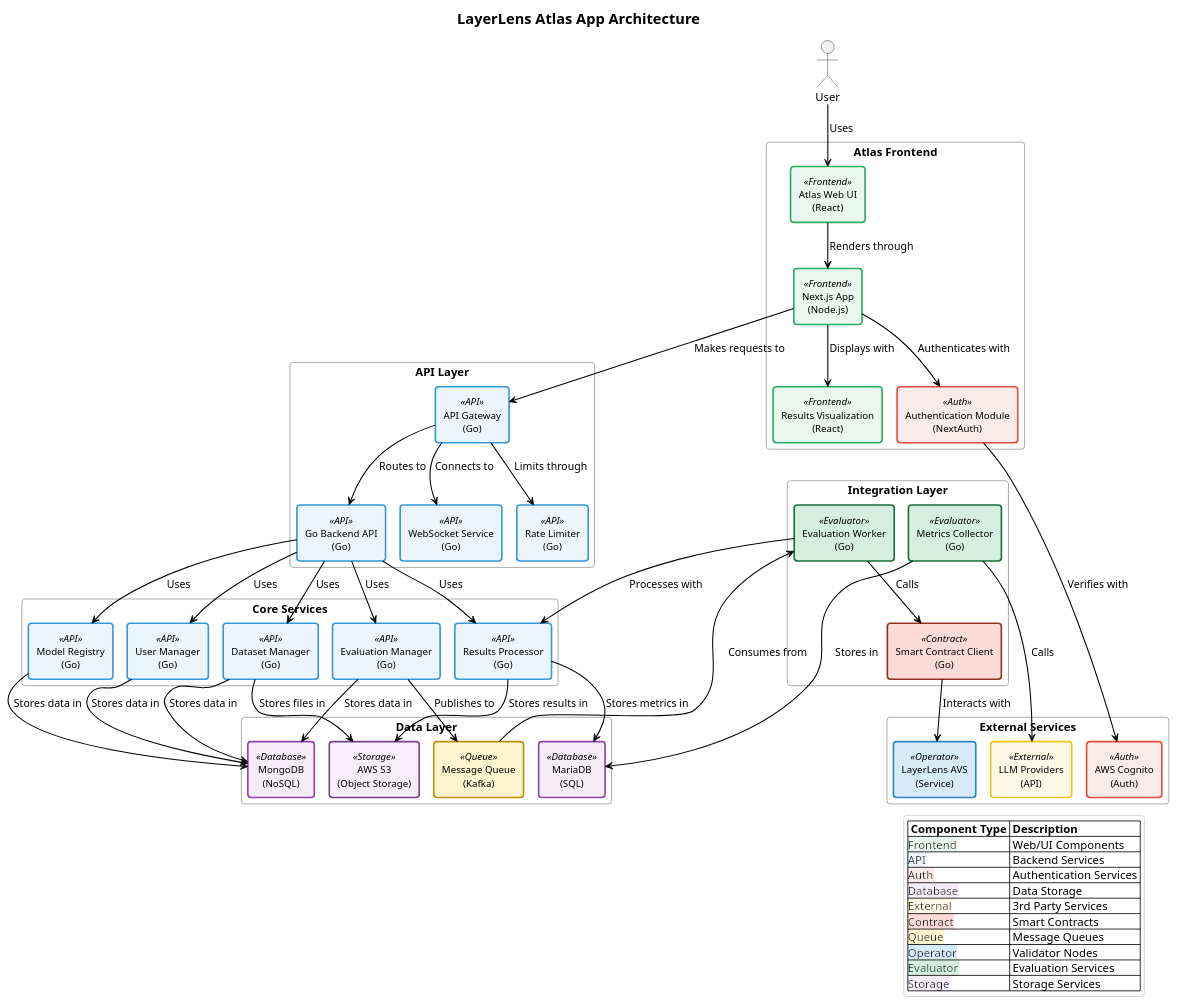
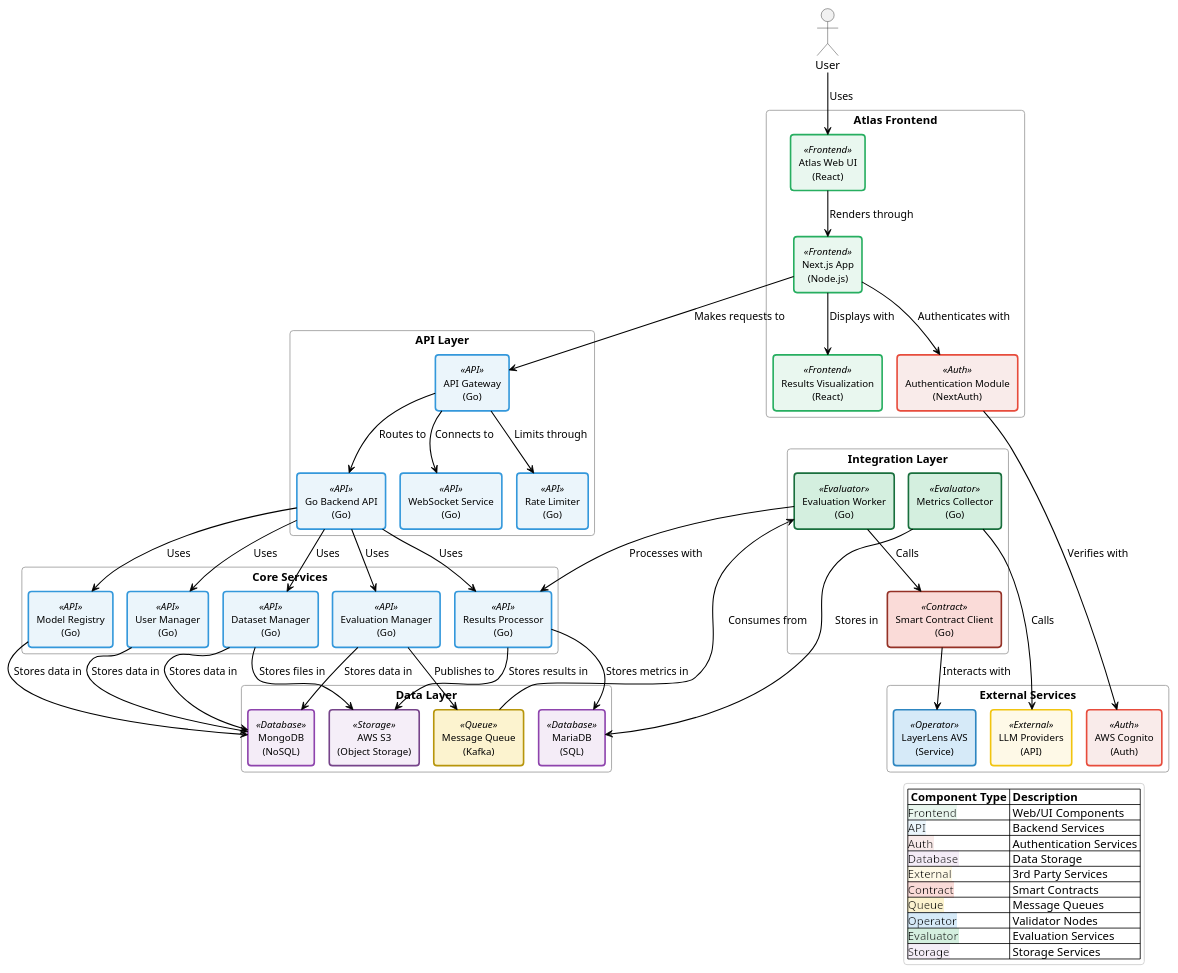
One commit to k-g-j/ll-sequence-diagrams changed the diagram in plantuml-diagrams/atlas-architecture.puml. Above: the diagram before and after it, drawn with PlantUML. The commit also changed 7 other files, not shown here.

First line of the commit message:
Remove redundant titles from architecture diagrams

```diff
--- a/plantuml-diagrams/atlas-architecture.puml
+++ b/plantuml-diagrams/atlas-architecture.puml
@@ -1,187 +1,185 @@
 @startuml atlas-architecture
 !pragma layout smetana
 
 ' Define custom colors to match sequence diagrams
 skinparam component<<Frontend>> {
   BackgroundColor #E9F7EF
   BorderColor #27AE60
   BorderThickness 2
 }
 
 skinparam component<<API>> {
   BackgroundColor #EBF5FB
   BorderColor #3498DB
   BorderThickness 2
 }
 
 skinparam component<<Auth>> {
   BackgroundColor #F9EBEA
   BorderColor #E74C3C
   BorderThickness 2
 }
 
 skinparam component<<Database>> {
   BackgroundColor #F4ECF7
   BorderColor #8E44AD
   BorderThickness 2
 }
 
 skinparam component<<External>> {
   BackgroundColor #FEF9E7
   BorderColor #F1C40F
   BorderThickness 2
 }
 
 skinparam component<<Contract>> {
   BackgroundColor #FADBD8
   BorderColor #943126
   BorderThickness 2
 }
 
 skinparam component<<Queue>> {
   BackgroundColor #FCF3CF
   BorderColor #B7950B
   BorderThickness 2
 }
 
 skinparam component<<Operator>> {
   BackgroundColor #D6EAF8
   BorderColor #2E86C1
   BorderThickness 2
 }
 
 skinparam component<<Evaluator>> {
   BackgroundColor #D4EFDF
   BorderColor #196F3D
   BorderThickness 2
 }
 
 skinparam component<<Storage>> {
   BackgroundColor #F5EEF8
   BorderColor #76448A
   BorderThickness 2
 }
 
 ' Custom styling
 skinparam ArrowColor #000000
 skinparam ArrowThickness 1.3
 skinparam defaultTextAlignment center
 skinparam RoundCorner 8
 skinparam titleFontSize 18
 skinparam titleFontStyle bold
 skinparam ComponentStyle rectangle
 skinparam componentBorderThickness 1.5
 skinparam componentFontSize 12
 skinparam componentFontName Arial
 skinparam PackageStyle rectangle
 skinparam packageBackgroundColor transparent
 skinparam packageBorderColor #999999
 skinparam legendBackgroundColor #FFFFFF
 skinparam legendBorderColor #CCCCCC
 skinparam database<<Database>> {
   BackgroundColor #F4ECF7
   BorderColor #8E44AD
   BorderThickness 2
 }
 
 skinparam queue<<Queue>> {
   BackgroundColor #FCF3CF
   BorderColor #B7950B
   BorderThickness 2
 }
-
-title LayerLens Atlas App Architecture
 
 actor "User" as user
 
 package "Atlas Frontend" {
   [Atlas Web UI\n(React)] as web_ui <<Frontend>>
   [Next.js App\n(Node.js)] as nextjs <<Frontend>>
   [Authentication Module\n(NextAuth)] as auth <<Auth>>
   [Results Visualization\n(React)] as viz <<Frontend>>
 }
 
 package "API Layer" {
   [API Gateway\n(Go)] as api_gw <<API>>
   [Go Backend API\n(Go)] as go_backend <<API>>
   [WebSocket Service\n(Go)] as websocket <<API>>
   [Rate Limiter\n(Go)] as rate_limiter <<API>>
 }
 
 package "Core Services" {
   [Evaluation Manager\n(Go)] as eval_manager <<API>>
   [Model Registry\n(Go)] as model_registry <<API>>
   [Dataset Manager\n(Go)] as dataset_manager <<API>>
   [User Manager\n(Go)] as user_manager <<API>>
   [Results Processor\n(Go)] as results_processor <<API>>
 }
 
 package "Integration Layer" {
   [Evaluation Worker\n(Go)] as worker <<Evaluator>>
   [Smart Contract Client\n(Go)] as contract_client <<Contract>>
   [Metrics Collector\n(Go)] as metrics <<Evaluator>>
 }
 
 package "Data Layer" {
   [MongoDB\n(NoSQL)] as mongodb <<Database>>
   [MariaDB\n(SQL)] as mariadb <<Database>>
   [AWS S3\n(Object Storage)] as s3 <<Storage>>
   [Message Queue\n(Kafka)] as queue <<Queue>>
 }
 
 package "External Services" {
   [AWS Cognito\n(Auth)] as cognito <<Auth>>
   [LayerLens AVS\n(Service)] as avs <<Operator>>
   [LLM Providers\n(API)] as llms <<External>>
 }
 
 user --> web_ui : Uses
 web_ui --> nextjs : Renders through
 nextjs --> auth : Authenticates with
 nextjs --> viz : Displays with
 nextjs --> api_gw : Makes requests to
 
 auth --> cognito : Verifies with
 api_gw --> go_backend : Routes to
 api_gw --> websocket : Connects to
 api_gw --> rate_limiter : Limits through
 
 go_backend --> eval_manager : Uses
 go_backend --> model_registry : Uses
 go_backend --> dataset_manager : Uses
 go_backend --> user_manager : Uses
 go_backend --> results_processor : Uses
 
 eval_manager --> mongodb : Stores data in
 model_registry --> mongodb : Stores data in
 dataset_manager --> mongodb : Stores data in
 user_manager --> mongodb : Stores data in
 results_processor --> mariadb : Stores metrics in
 
 eval_manager --> queue : Publishes to
 queue --> worker : Consumes from
 worker --> contract_client : Calls
 worker --> results_processor : Processes with
 contract_client --> avs : Interacts with
 metrics --> llms : Calls
 metrics --> mariadb : Stores in
 
 dataset_manager --> s3 : Stores files in
 results_processor --> s3 : Stores results in
 
 ' Add color-coding legend
 legend right
   |= Component Type |= Description |
   |<back:#E9F7EF><color:black>Frontend</color></back>| Web/UI Components |
   |<back:#EBF5FB><color:black>API</color></back>| Backend Services |
   |<back:#F9EBEA><color:black>Auth</color></back>| Authentication Services |
   |<back:#F4ECF7><color:black>Database</color></back>| Data Storage |
   |<back:#FEF9E7><color:black>External</color></back>| 3rd Party Services |
   |<back:#FADBD8><color:black>Contract</color></back>| Smart Contracts |
   |<back:#FCF3CF><color:black>Queue</color></back>| Message Queues |
   |<back:#D6EAF8><color:black>Operator</color></back>| Validator Nodes |
   |<back:#D4EFDF><color:black>Evaluator</color></back>| Evaluation Services |
   |<back:#F5EEF8><color:black>Storage</color></back>| Storage Services |
 endlegend
 
 @enduml
```
